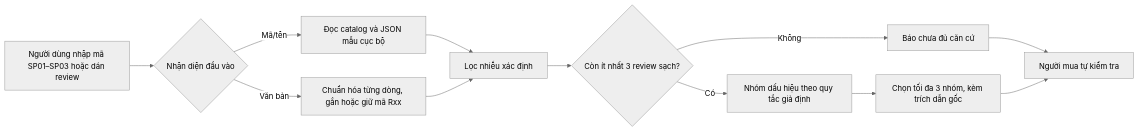
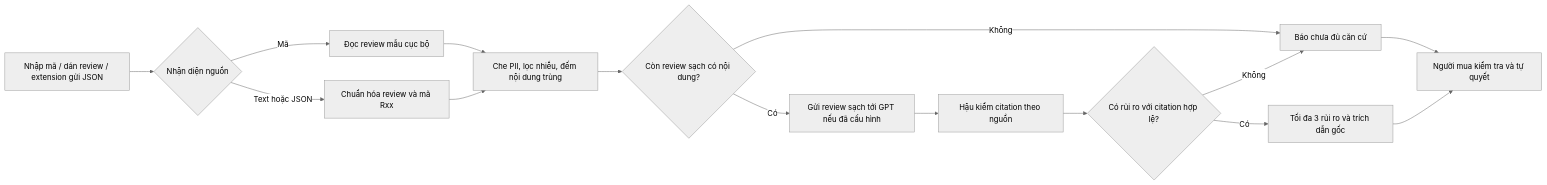
The diagram in spec.md (vinhnk2753-blip/K5-Day15-L3A-borntobuild), drawn with Mermaid (neutral theme) before and after one commit. The commit also changed other lines of this file and 7 other files, not shown here.

````diff
--- a/spec.md
+++ b/spec.md
@@ -43,14 +43,17 @@
   ```mermaid
   flowchart LR
-    A[Người dùng nhập mã SP01–SP03 hoặc dán review] --> B{Nhận diện đầu vào}
-    B -- Mã/tên --> C[Đọc catalog và JSON mẫu cục bộ]
-    B -- Văn bản --> D[Chuẩn hóa từng dòng, gắn hoặc giữ mã Rxx]
-    C --> E[Lọc nhiễu xác định]
+    A[Nhập mã / dán review / extension gửi JSON] --> B{Nhận diện nguồn}
+    B -- Mã --> C[Đọc review mẫu cục bộ]
+    B -- Text hoặc JSON --> D[Chuẩn hóa review và mã Rxx]
+    C --> E[Che PII, lọc nhiễu, đếm nội dung trùng]
     D --> E
-    E --> F{Còn ít nhất 3 review sạch?}
+    E --> F{Còn review sạch có nội dung?}
     F -- Không --> G[Báo chưa đủ căn cứ]
-    F -- Có --> H[Nhóm dấu hiệu theo quy tắc giả định]
-    H --> I[Chọn tối đa 3 nhóm, kèm trích dẫn gốc]
-    G --> J[Người mua tự kiểm tra]
-    I --> J
+    F -- Có --> H[Gửi review sạch tới GPT nếu đã cấu hình]
+    H --> I[Hậu kiểm citation theo nguồn]
+    I --> J{Có rủi ro với citation hợp lệ?}
+    J -- Không --> G
+    J -- Có --> K[Tối đa 3 rủi ro và trích dẫn gốc]
+    G --> L[Người mua kiểm tra và tự quyết]
+    K --> L
   ```
````
